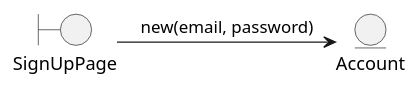
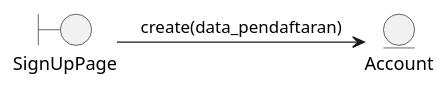
The diagram in signup_colab.puml (stnDinus/skpl-rkpl-diagrams), drawn with PlantUML before and after one commit. The commit also changed 33 other files, not shown here.

```diff
--- a/signup_colab.puml
+++ b/signup_colab.puml
@@ -1,7 +1,6 @@
 @startuml
 boundary SignUpPage
 entity Account
 
-(SignUpPage) -> (Account): new(email, password)
-
+(SignUpPage) -> (Account): create(data_pendaftaran)
 @enduml
```
